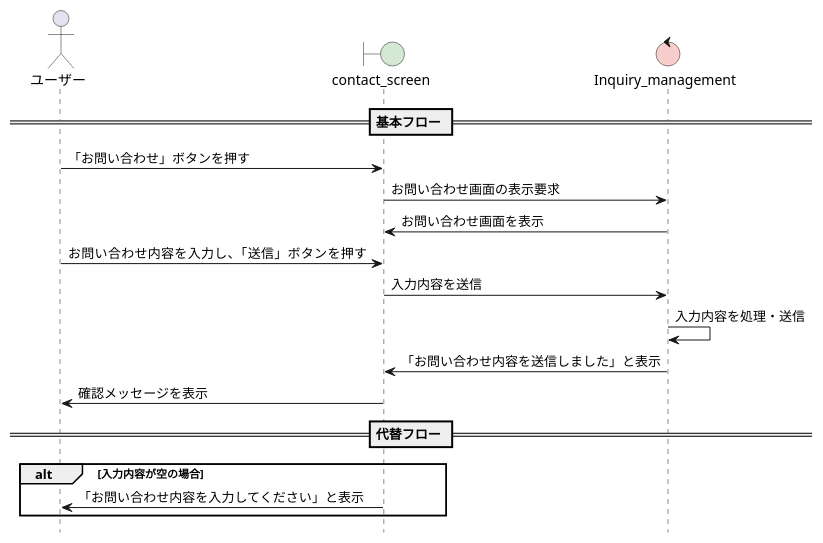
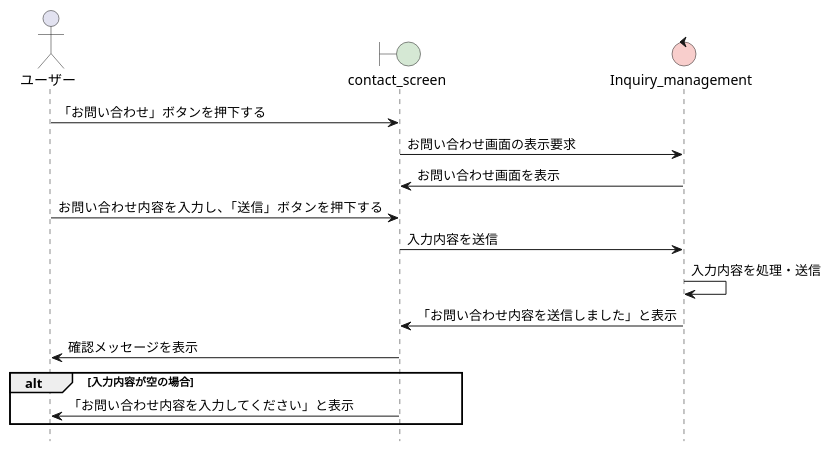
Before and after one commit to sugimoto0804/o-hara_uml: the diagram in group/graduation_work/sequence02_inquiry.pu, drawn with PlantUML.

```diff
--- a/group/graduation_work/sequence02_inquiry.pu
+++ b/group/graduation_work/sequence02_inquiry.pu
@@ -1,28 +1,24 @@
 @startuml お問い合わせシーケンス図
 hide footbox
 
 skinparam boundaryBackgroundColor #D5E8D4
 skinparam controlBackgroundColor  #F8CECC
-
 actor ユーザー
 boundary "contact_screen" as cs 
 control "Inquiry_management" as im
 
-== 基本フロー ==
-
-ユーザー -> cs : 「お問い合わせ」ボタンを押す
+ユーザー -> cs : 「お問い合わせ」ボタンを押下する
 cs -> im : お問い合わせ画面の表示要求
 im -> cs : お問い合わせ画面を表示
 
-ユーザー -> cs : お問い合わせ内容を入力し、「送信」ボタンを押す
+ユーザー -> cs : お問い合わせ内容を入力し、「送信」ボタンを押下する
 cs -> im : 入力内容を送信
 im -> im : 入力内容を処理・送信
 im -> cs : 「お問い合わせ内容を送信しました」と表示
 cs -> ユーザー : 確認メッセージを表示
 
-== 代替フロー ==
 alt 入力内容が空の場合
     cs -> ユーザー : 「お問い合わせ内容を入力してください」と表示
 end
 
 @enduml
```
